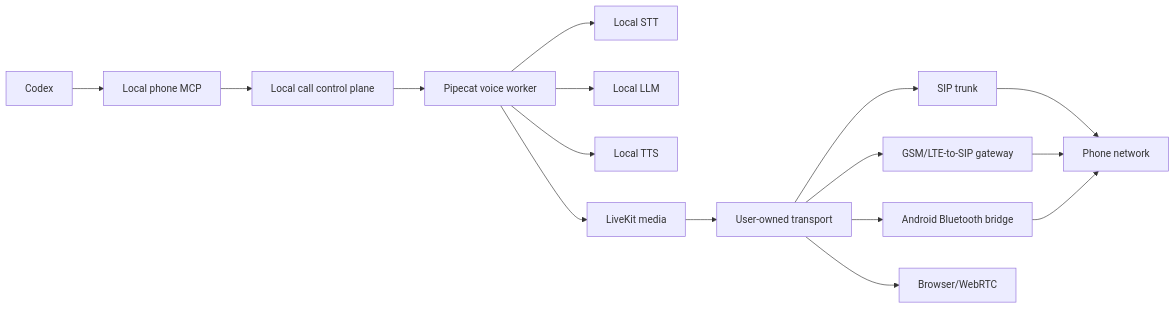
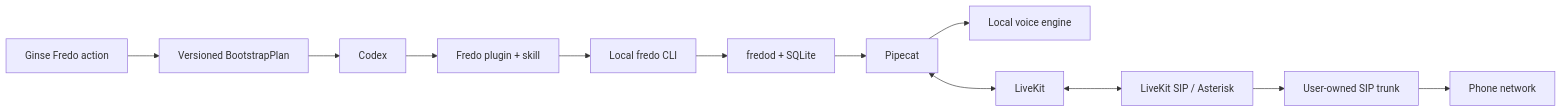
One commit to Caezarr/42hackathon changed the diagram in README.md. Above: the diagram before and after it, drawn with Mermaid. The commit also changed other lines of this file and 16 other files, not shown here.

Commit message:
Define Fredo's Ginse-first roadmap

````diff
--- a/README.md
+++ b/README.md
@@ -19,18 +19,14 @@
 ```mermaid
 flowchart LR
-    C["Codex"] --> M["Local phone MCP"]
-    M --> A["Local call control plane"]
-    A --> P["Pipecat voice worker"]
-    P --> STT["Local STT"]
-    P --> LLM["Local LLM"]
-    P --> TTS["Local TTS"]
-    P --> LK["LiveKit media"]
-    LK --> T["User-owned transport"]
-    T --> SIP["SIP trunk"]
-    T --> GSM["GSM/LTE-to-SIP gateway"]
-    T --> BT["Android Bluetooth bridge"]
-    T --> WEB["Browser/WebRTC"]
-    SIP --> PSTN["Phone network"]
-    GSM --> PSTN
-    BT --> PSTN
+    G["Ginse Fredo action"] --> BP["Versioned BootstrapPlan"]
+    BP --> C["Codex"]
+    C --> PL["Fredo plugin + skill"]
+    PL --> CLI["Local fredo CLI"]
+    CLI --> D["fredod + SQLite"]
+    D --> P["Pipecat"]
+    P --> AI["Local voice engine"]
+    P <--> LK["LiveKit"]
+    LK <--> SIP["LiveKit SIP / Asterisk"]
+    SIP --> T["User-owned SIP trunk"]
+    T --> PSTN["Phone network"]
 ```
````
